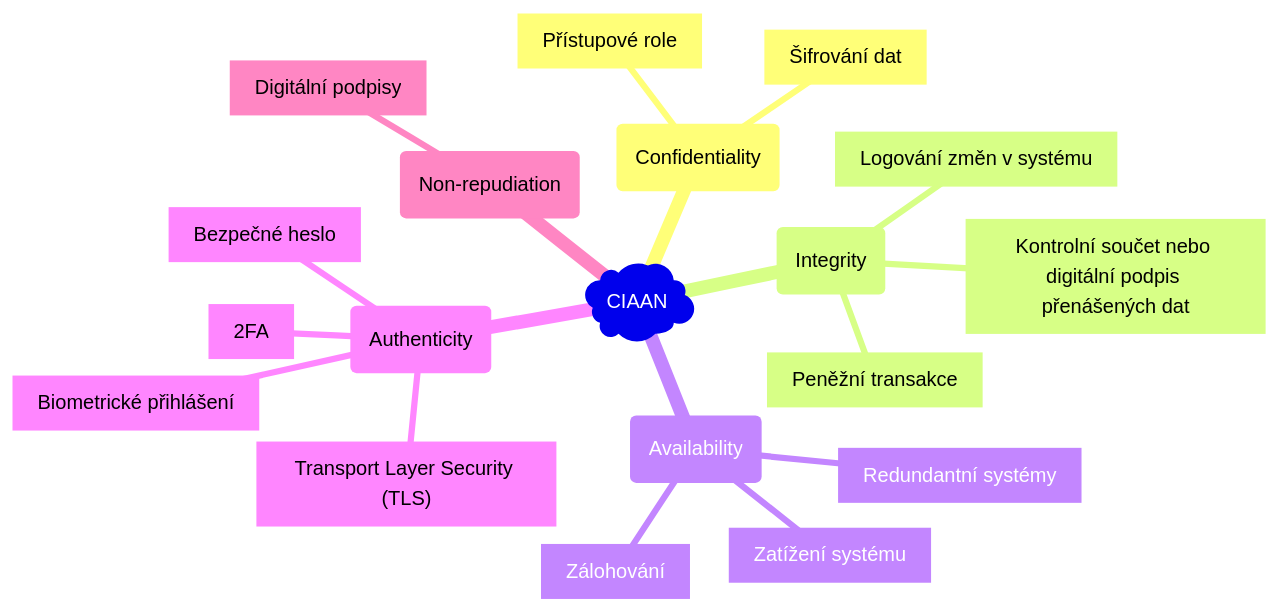
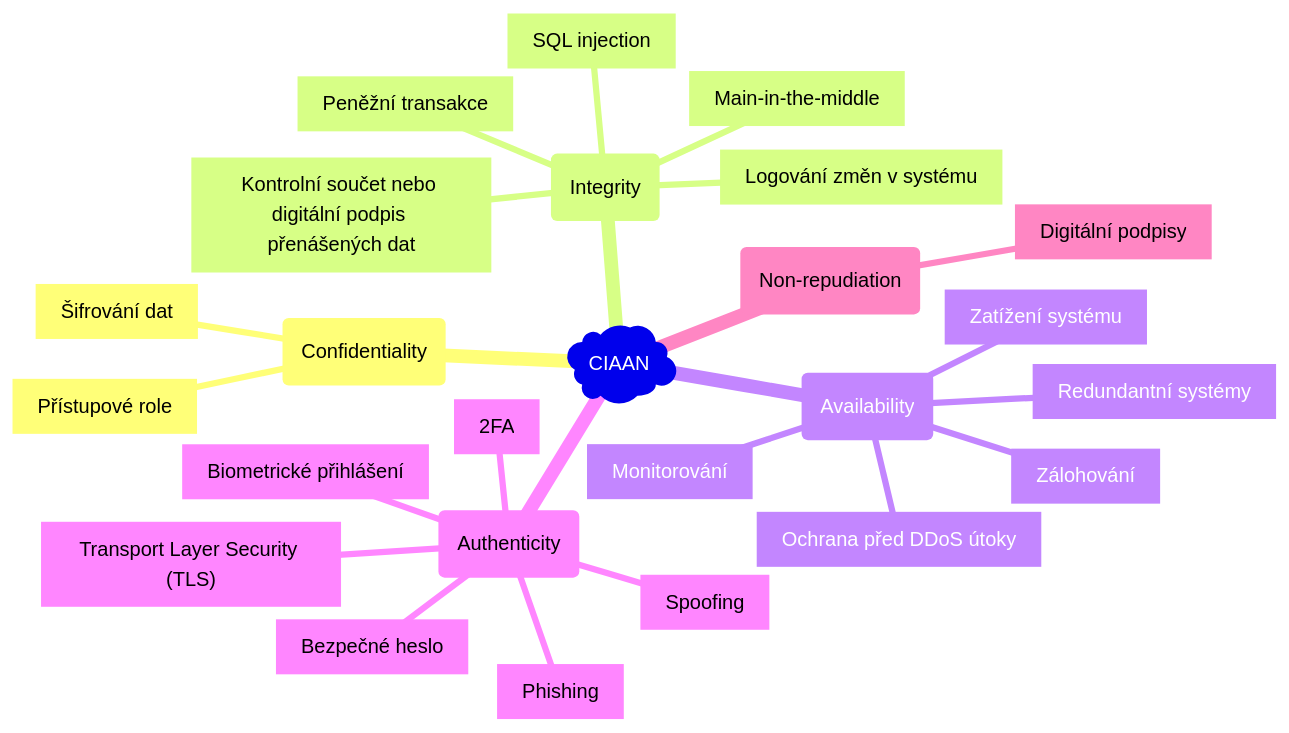
Diagram 14 of 15 in src/it/software_engineering.md (matejfric/mdbook), drawn with Mermaid before and after one commit. The commit also changed other lines of this file, not shown here.

````diff
--- a/src/it/software_engineering.md
+++ b/src/it/software_engineering.md
@@ -802,22 +831,28 @@
 ```mermaid
 mindmap
   root )CIAAN)
     (Confidentiality)
         [Šifrování dat]
         [Přístupové role]
     (Integrity)
         [Logování změn v systému]
         [Kontrolní součet nebo digitální podpis přenášených dat]
         [Peněžní transakce]
+        [Main-in-the-middle]
+        [SQL injection]
     (Availability)
         [Zálohování]
         [Redundantní systémy]
         [Zatížení systému]
+        [Ochrana před DDoS útoky]
+        [Monitorování]
     (Authenticity)
         [2FA]
         [Bezpečné heslo]
         [Biometrické přihlášení]
         ["Transport Layer Security (TLS)"]
+        [Spoofing]
+        [Phishing]
     (Non-repudiation)
         [Digitální podpisy]
 ```
````
